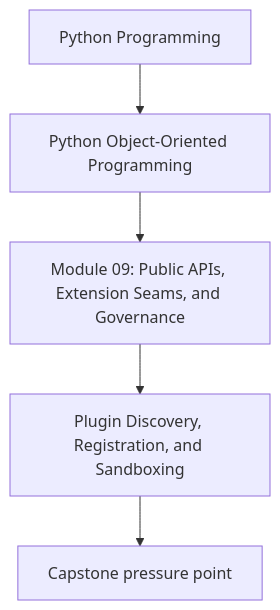
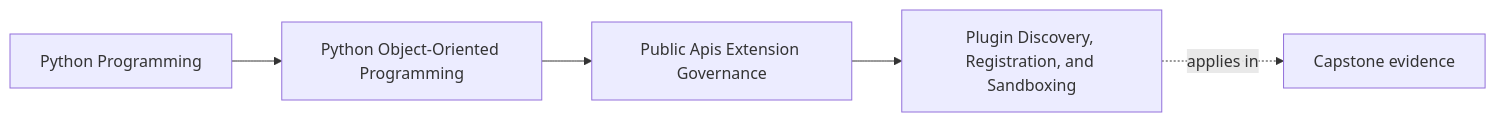
Before and after one commit to bijux/bijux-masterclass: the first of 2 diagrams in programs/python-programming/python-object-oriented-programming/course-book/module-09-public-apis-extension-governance/plugin-discovery-registration-and-sandboxing.md, drawn with Mermaid. The commit also changed other lines of this file and 103 other files, not shown here.

Commit message:
docs(python-object-oriented-programming): map sustainment and capstone surfaces

````diff
--- a/programs/python-programming/python-object-oriented-programming/course-book/module-09-public-apis-extension-governance/plugin-discovery-registration-and-sandboxing.md
+++ b/programs/python-programming/python-object-oriented-programming/course-book/module-09-public-apis-extension-governance/plugin-discovery-registration-and-sandboxing.md
@@ -7,7 +7,11 @@
 ```mermaid
-flowchart TD
-  family["Python Programming"] --> program["Python Object-Oriented Programming"]
-  program --> module["Module 09: Public APIs, Extension Seams, and Governance"]
-  module --> concept["Plugin Discovery, Registration, and Sandboxing"]
-  concept --> capstone["Capstone pressure point"]
+graph LR
+  family["Python Programming"]
+  program["Python Object-Oriented Programming"]
+  section["Public Apis Extension Governance"]
+  page["Plugin Discovery, Registration, and Sandboxing"]
+  capstone["Capstone evidence"]
+
+  family --> program --> section --> page
+  page -.applies in.-> capstone
 ```
````
